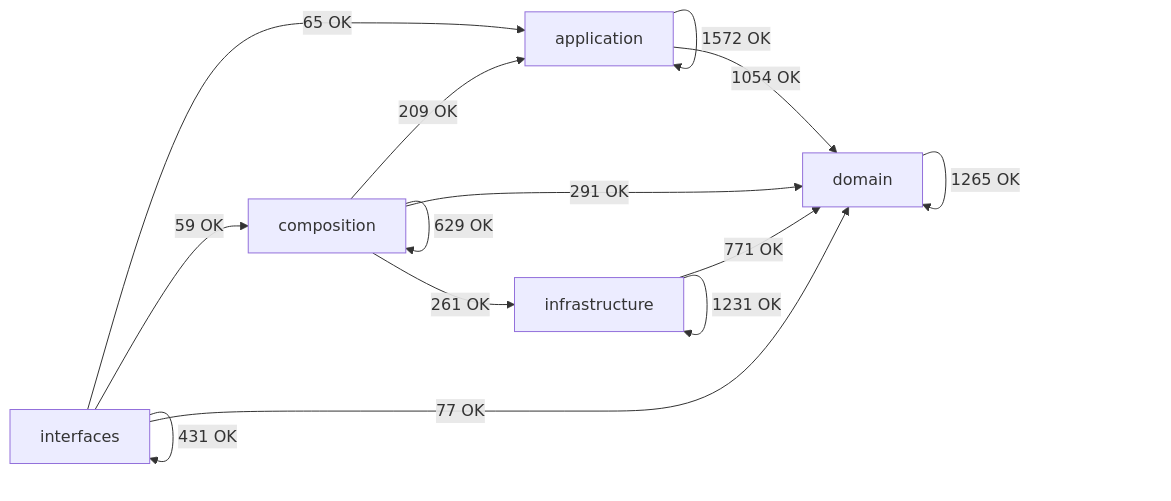
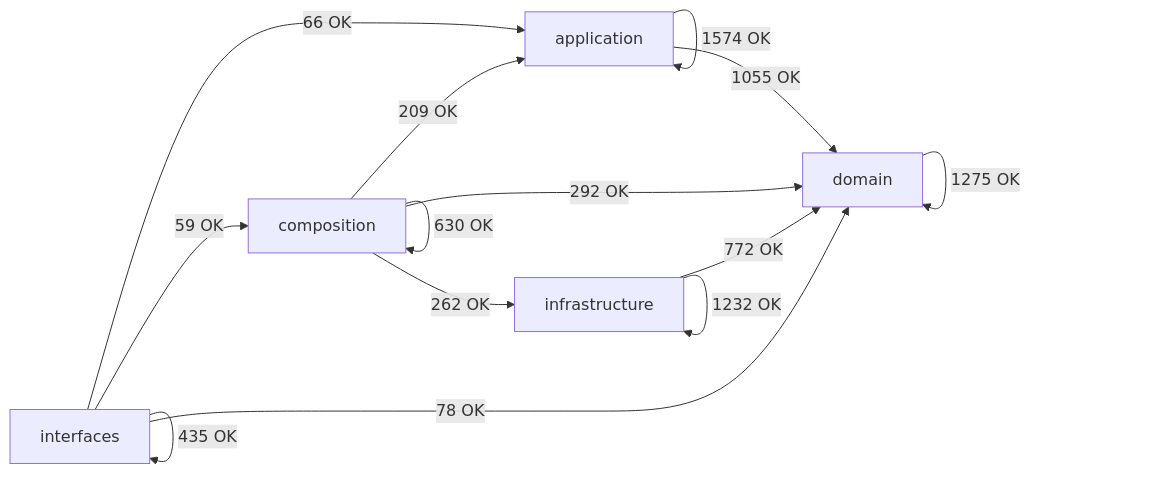
Before and after one commit to SatoryKono/BioactivityDataAcquisition: the diagram in docs/02-architecture/generated/module-dependency-map.md, drawn with Mermaid. The commit also changed other lines of this file and 84 other files, not shown here.

````diff
--- a/docs/02-architecture/generated/module-dependency-map.md
+++ b/docs/02-architecture/generated/module-dependency-map.md
@@ -17,21 +17,21 @@
 ```mermaid
 flowchart LR
     domain[domain]
     application[application]
     infrastructure[infrastructure]
     composition[composition]
     interfaces[interfaces]
-    application -->|1572 OK| application
-    application -->|1054 OK| domain
+    application -->|1574 OK| application
+    application -->|1055 OK| domain
     composition -->|209 OK| application
-    composition -->|629 OK| composition
-    composition -->|291 OK| domain
-    composition -->|261 OK| infrastructure
-    domain -->|1265 OK| domain
-    infrastructure -->|771 OK| domain
-    infrastructure -->|1231 OK| infrastructure
-    interfaces -->|65 OK| application
+    composition -->|630 OK| composition
+    composition -->|292 OK| domain
+    composition -->|262 OK| infrastructure
+    domain -->|1275 OK| domain
+    infrastructure -->|772 OK| domain
+    infrastructure -->|1232 OK| infrastructure
+    interfaces -->|66 OK| application
     interfaces -->|59 OK| composition
-    interfaces -->|77 OK| domain
-    interfaces -->|431 OK| interfaces
+    interfaces -->|78 OK| domain
+    interfaces -->|435 OK| interfaces
 ```
````
